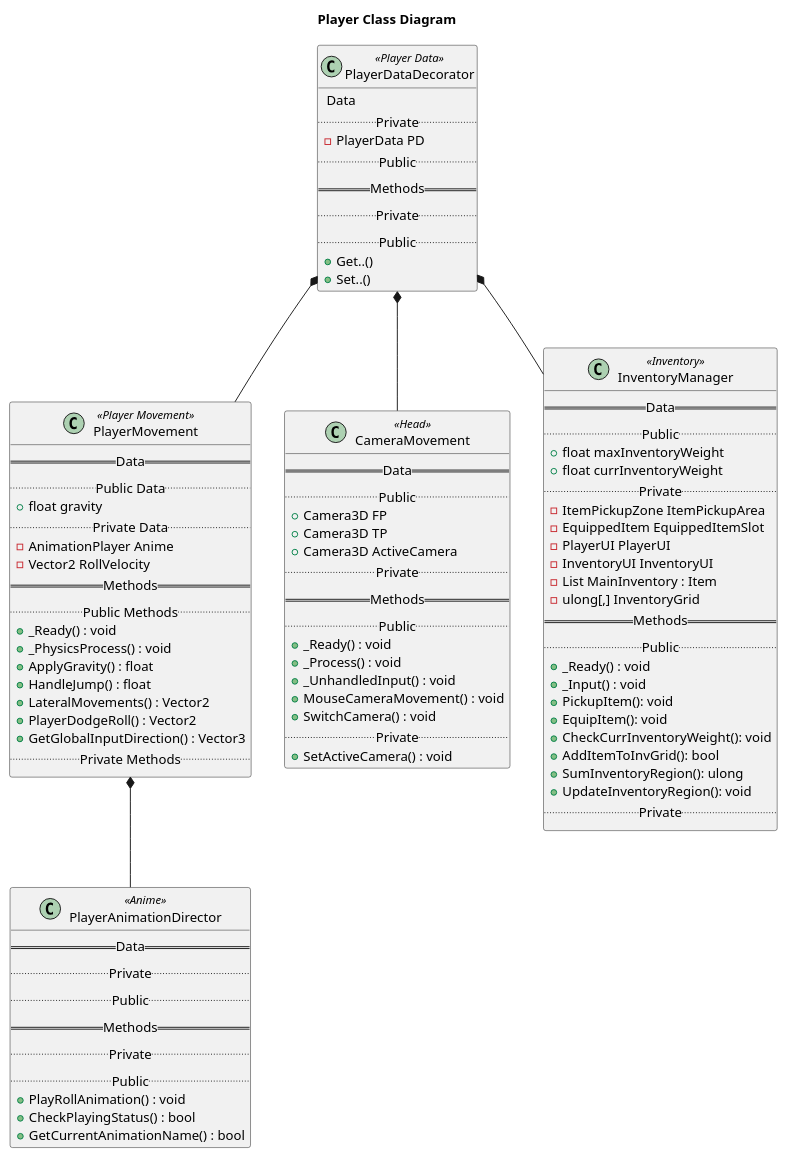
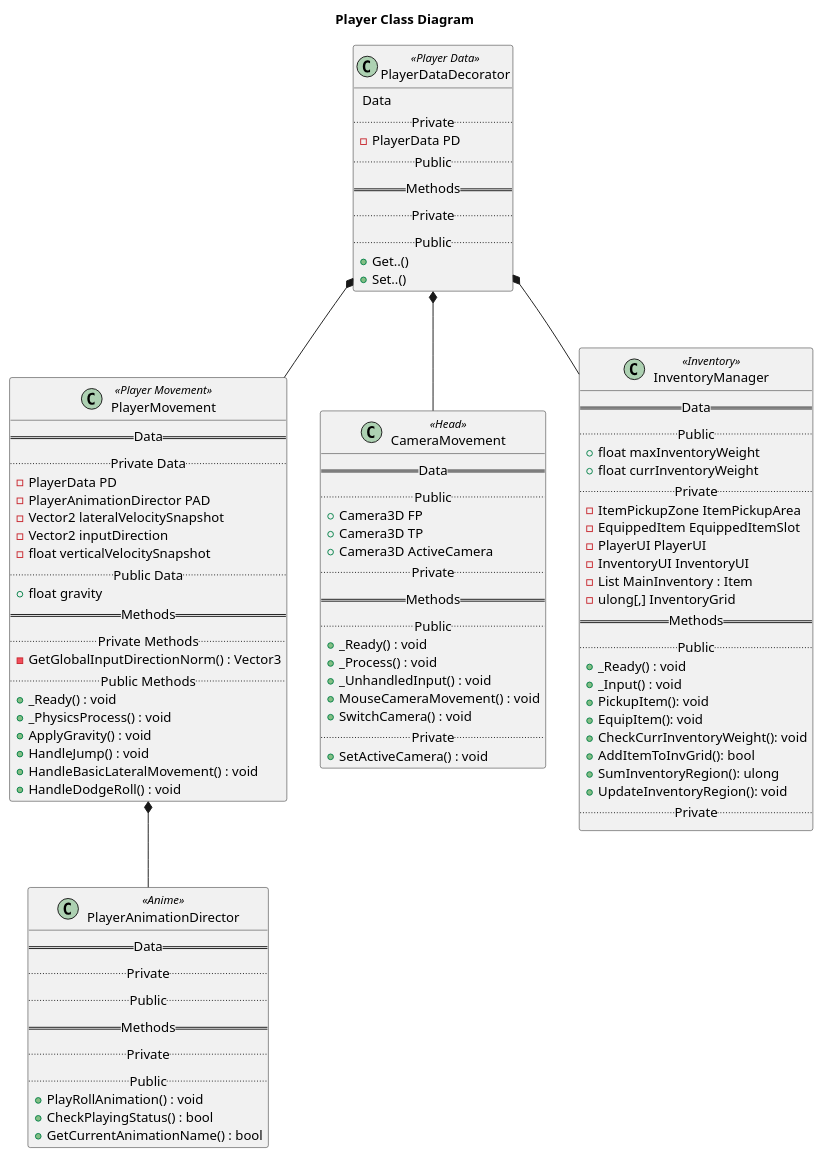
One commit to kjtkanaly/LearningGodot changed the diagram in UML Diagrams/src/Player Class.puml. Above: the diagram before and after it, drawn with PlantUML. The commit also changed 3 other files, not shown here.

Commit message:
Revamping the Player Movement class to serperate the animation fx to a more approp class. Also, updated the UML. Gonna need to debug a lof of shit next.

```diff
--- a/UML Diagrams/src/Player Class.puml
+++ b/UML Diagrams/src/Player Class.puml
@@ -1,96 +1,99 @@
 @startuml Player Class
 
 title Player Class Diagram
 
 class PlayerDataDecorator <<Player Data>>{
     == Data == 
     .. Private ..
     - PlayerData PD
     .. Public ..
     == Methods ==
     .. Private ..
     .. Public ..
     + Get..()
     + Set..()
 }
 
 class PlayerMovement <<Player Movement>>{
     == Data ==
+    .. Private Data ..
+    - PlayerData PD
+    - PlayerAnimationDirector PAD
+    - Vector2 lateralVelocitySnapshot
+    - Vector2 inputDirection
+    - float verticalVelocitySnapshot
     .. Public Data ..
-    +float gravity
-    .. Private Data ..
-    -AnimationPlayer Anime
-    -Vector2 RollVelocity
+    + float gravity
     == Methods ==
+    .. Private Methods ..
+    - GetGlobalInputDirectionNorm() : Vector3 
     .. Public Methods ..
-    +_Ready() : void
-    +_PhysicsProcess() : void 
-    +ApplyGravity() : float
-    +HandleJump() : float
-    +LateralMovements() : Vector2
-    +PlayerDodgeRoll() : Vector2
-    +GetGlobalInputDirection() : Vector3
-    .. Private Methods ..
+    + _Ready() : void
+    + _PhysicsProcess() : void 
+    + ApplyGravity() : void
+    + HandleJump() : void
+    + HandleBasicLateralMovement() : void
+    + HandleDodgeRoll() : void
 }
 
 class CameraMovement <<Head>>{
     == Data ==
     .. Public ..
     +Camera3D FP
     +Camera3D TP
     +Camera3D ActiveCamera
     .. Private ..
     == Methods ==
     .. Public ..
     +_Ready() : void
     +_Process() : void
     +_UnhandledInput() : void
     +MouseCameraMovement() : void
     +SwitchCamera() : void
     .. Private ..
     +SetActiveCamera() : void
 }
 
 class InventoryManager <<Inventory>>{
     == Data ==
     .. Public ..
     +float maxInventoryWeight
     +float currInventoryWeight
     .. Private ..
     -ItemPickupZone ItemPickupArea
     -EquippedItem EquippedItemSlot
     -PlayerUI PlayerUI
     -InventoryUI InventoryUI
     -List MainInventory : Item
     -ulong[,] InventoryGrid
     == Methods ==
     .. Public ..
     +_Ready() : void
     +_Input() : void
     +PickupItem(): void 
     +EquipItem(): void
     +CheckCurrInventoryWeight(): void
     +AddItemToInvGrid(): bool
     +SumInventoryRegion(): ulong
     +UpdateInventoryRegion(): void
     .. Private ..
 }
 
 class PlayerAnimationDirector <<Anime>> {
     == Data ==
     .. Private ..
     .. Public ..
     == Methods ==
     .. Private ..
     .. Public ..
     + PlayRollAnimation() : void
     + CheckPlayingStatus() : bool
     + GetCurrentAnimationName() : bool
 }
 
 PlayerDataDecorator *-- PlayerMovement
 PlayerDataDecorator *-- CameraMovement
 PlayerDataDecorator *-- InventoryManager
 PlayerMovement *-- PlayerAnimationDirector
 
 @enduml
```
